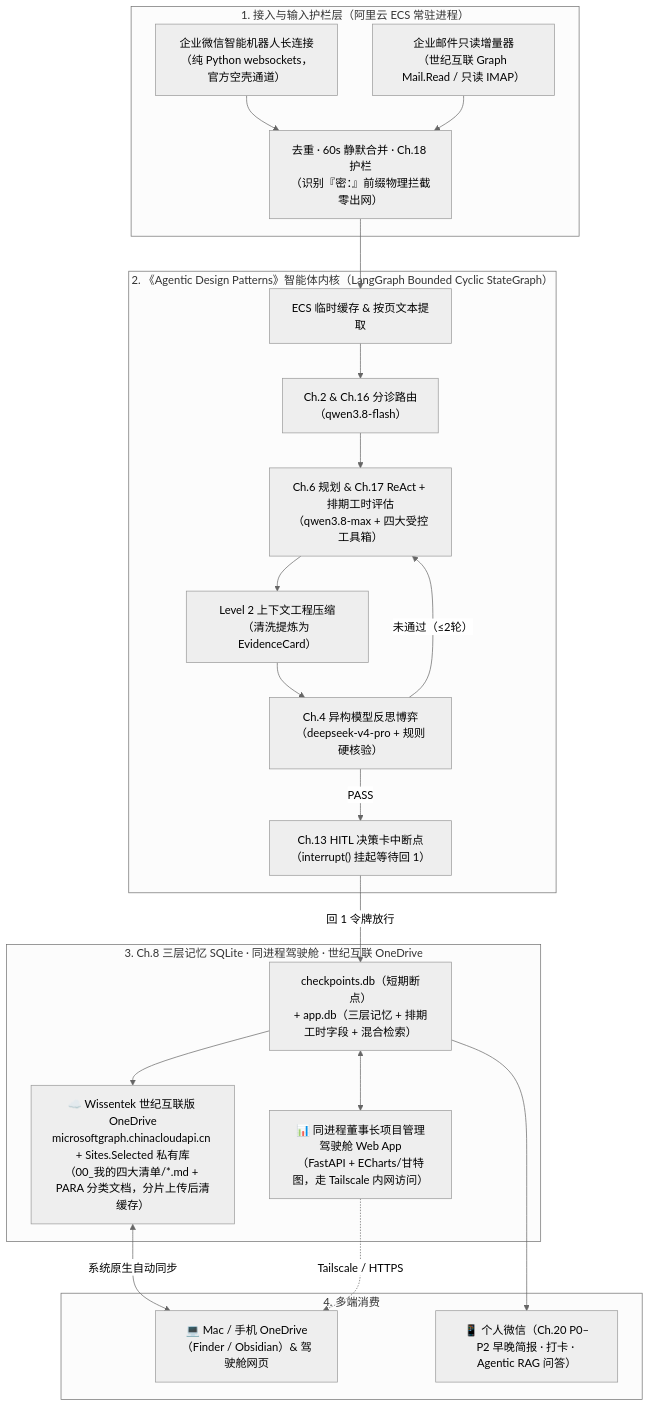
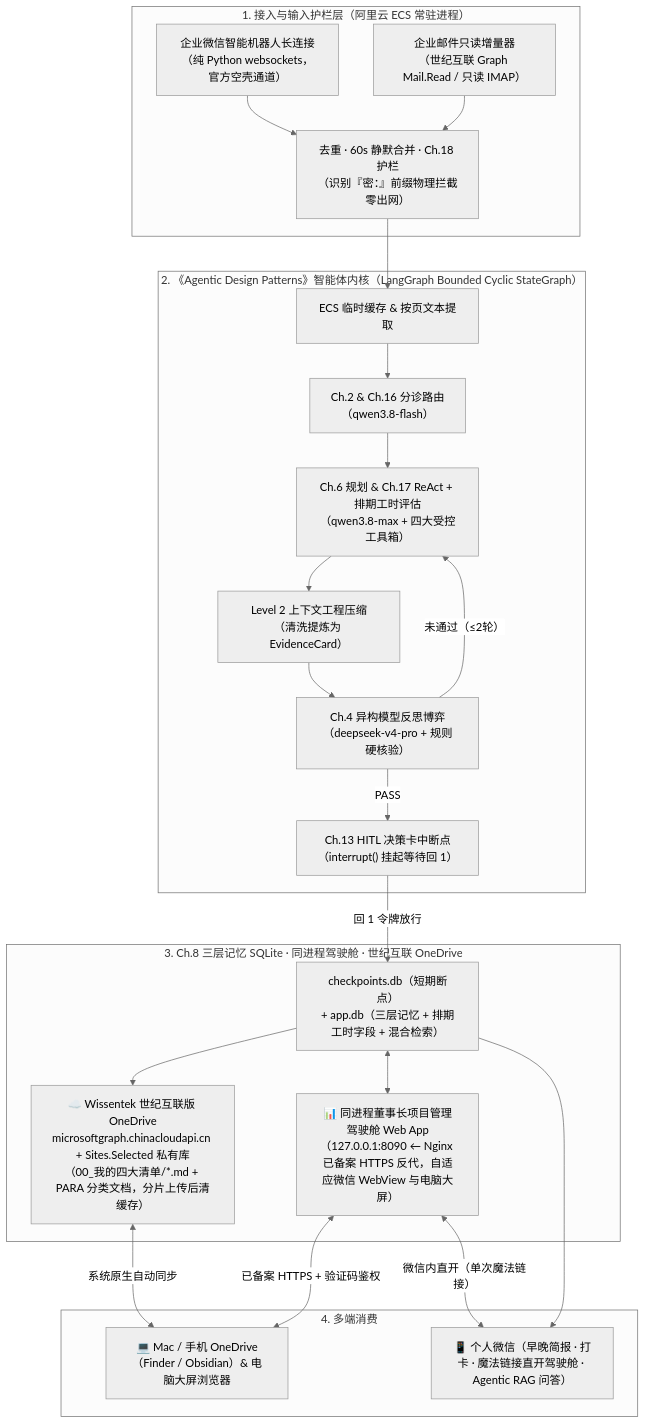
The diagram in wechat_AI_assistant/docs/02-整体架构与SQLite清单及OneDrive归档设计.md (JohnWissentek/agentic_learning), drawn with Mermaid (neutral theme) before and after one commit. The commit also changed other lines of this file and 5 other files, not shown here.

````diff
--- a/wechat_AI_assistant/docs/02-整体架构与SQLite清单及OneDrive归档设计.md
+++ b/wechat_AI_assistant/docs/02-整体架构与SQLite清单及OneDrive归档设计.md
@@ -39,39 +39,40 @@
 ```mermaid
 flowchart TB
     subgraph L1["1. 接入与输入护栏层（阿里云 ECS 常驻进程）"]
         WX["企业微信智能机器人长连接<br/>（纯 Python websockets，官方空壳通道）"]
         MAIL["企业邮件只读增量器<br/>（世纪互联 Graph Mail.Read / 只读 IMAP）"]
         BUF["去重 · 60s 静默合并 · Ch.18 护栏<br/>（识别『密：』前缀物理拦截零出网）"]
         WX & MAIL --> BUF
     end
 
     subgraph L2["2. 《Agentic Design Patterns》智能体内核（LangGraph Bounded Cyclic StateGraph）"]
         CACHE["ECS 临时缓存 & 按页文本提取"]
         ROUTE["Ch.2 & Ch.16 分诊路由<br/>（qwen3.8-flash）"]
         REACT["Ch.6 规划 & Ch.17 ReAct + 排期工时评估<br/>（qwen3.8-max + 四大受控工具箱）"]
         CE["Level 2 上下文工程压缩<br/>（清洗提炼为 EvidenceCard）"]
         CRITIC["Ch.4 异构模型反思博弈<br/>（deepseek-v4-pro + 规则硬核验）"]
         CARD["Ch.13 HITL 决策卡中断点<br/>（interrupt() 挂起等待回 1）"]
         BUF --> CACHE --> ROUTE --> REACT --> CE --> CRITIC
         CRITIC -->|"未通过（≤2轮）"| REACT
         CRITIC -->|"PASS"| CARD
     end
 
     subgraph L3["3. Ch.8 三层记忆 SQLite · 同进程驾驶舱 · 世纪互联 OneDrive"]
         SQL["checkpoints.db（短期断点）<br/>+ app.db（三层记忆 + 排期工时字段 + 混合检索）"]
-        WEB["📊 同进程董事长项目管理驾驶舱 Web App<br/>（FastAPI + ECharts/甘特图，走 Tailscale 内网访问）"]
+        WEB["📊 同进程董事长项目管理驾驶舱 Web App<br/>（127.0.0.1:8090 ← Nginx 已备案 HTTPS 反代，自适应微信 WebView 与电脑大屏）"]
         OD["☁️ Wissentek 世纪互联版 OneDrive<br/>microsoftgraph.chinacloudapi.cn + Sites.Selected 私有库<br/>（00_我的四大清单/*.md + PARA 分类文档，分片上传后清缓存）"]
         CARD -->|"回 1 令牌放行"| SQL
         SQL <--> WEB
         SQL --> OD
     end
 
     subgraph L4["4. 多端消费"]
-        MAC["💻 Mac / 手机 OneDrive（Finder / Obsidian）& 驾驶舱网页"]
-        WX_R["📱 个人微信（Ch.20 P0–P2 早晚简报 · 打卡 · Agentic RAG 问答）"]
+        MAC["💻 Mac / 手机 OneDrive（Finder / Obsidian）& 电脑大屏浏览器"]
+        WX_R["📱 个人微信（早晚简报 · 打卡 · 魔法链接直开驾驶舱 · Agentic RAG 问答）"]
     end
 
     OD <-->|"系统原生自动同步"| MAC
-    WEB -.->|"Tailscale / HTTPS"| MAC
+    WEB <-->|"已备案 HTTPS + 验证码鉴权"| MAC
+    WEB <-->|"微信内直开（单次魔法链接）"| WX_R
     SQL --> WX_R
 ```
````
